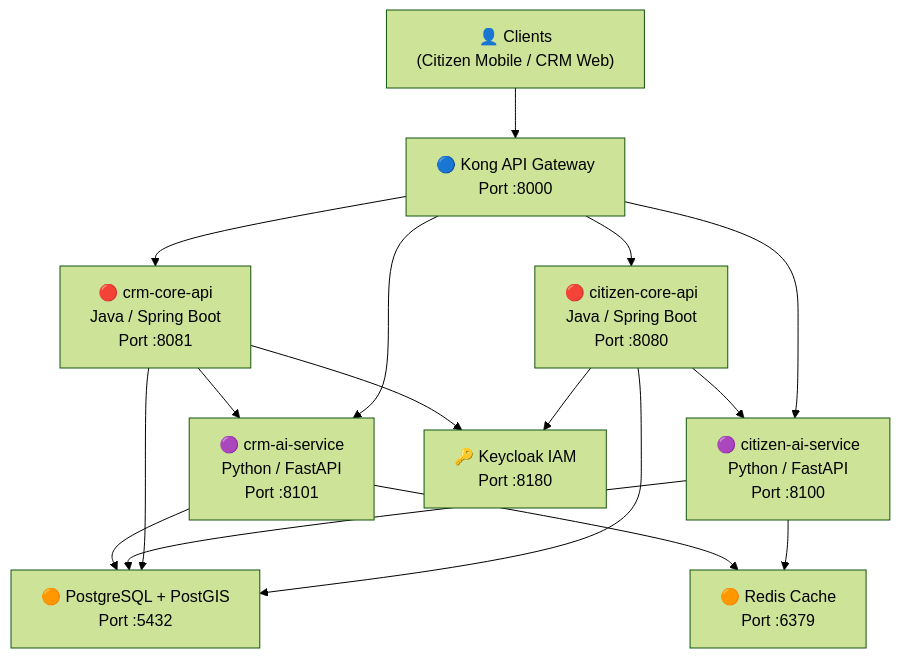
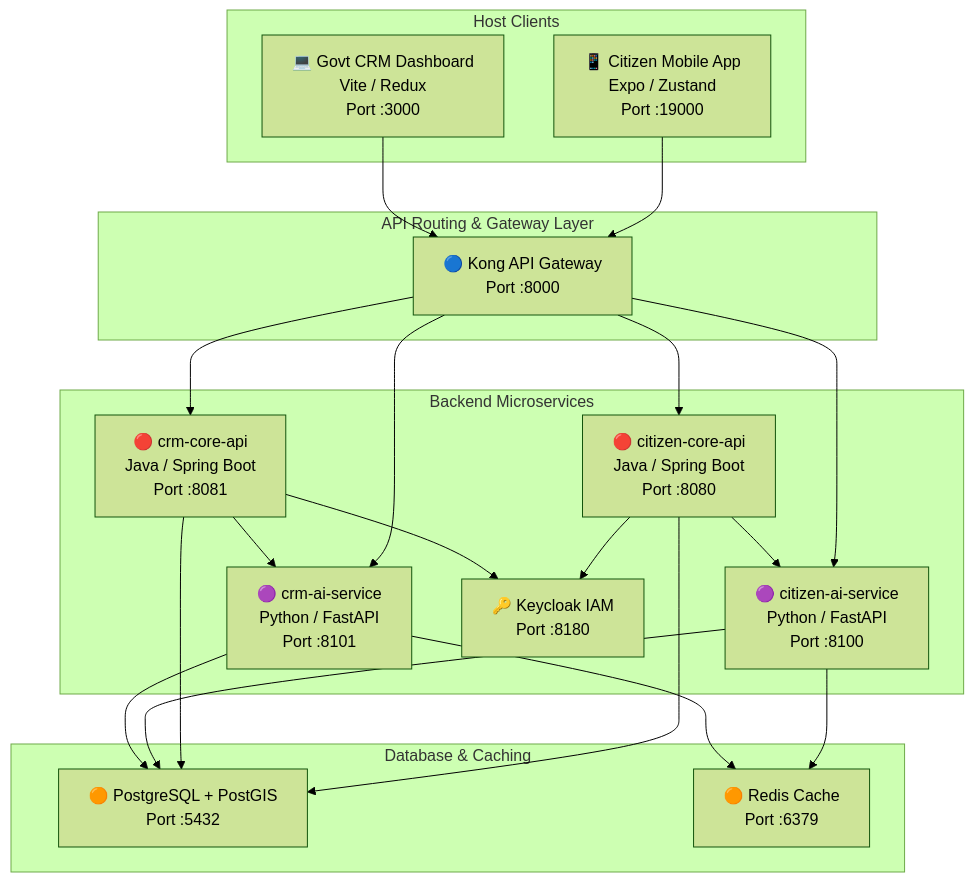
The diagram in README.md (pec-yantramanav/road-safety-hackathon-2026), drawn with Mermaid (forest theme) before and after one commit. The commit also changed other lines of this file and 96 other files, not shown here.

````diff
--- a/README.md
+++ b/README.md
@@ -11,23 +11,46 @@
 ```mermaid
 graph TD
-    CLIENTS["👤 Clients<br/>(Citizen Mobile / CRM Web)"] --> KONG["🔵 Kong API Gateway<br/>Port :8000"]
+    subgraph Host Clients
+        CA["📱 Citizen Mobile App<br/>Expo / Zustand<br/>Port :19000"]
+        CRM["💻 Govt CRM Dashboard<br/>Vite / Redux<br/>Port :3000"]
+    end
+
+    subgraph API Routing & Gateway Layer
+        KONG["🔵 Kong API Gateway<br/>Port :8000"]
+    end
+
+    subgraph Backend Microservices
+        CIT_CORE["🔴 citizen-core-api<br/>Java / Spring Boot<br/>Port :8080"]
+        CRM_CORE["🔴 crm-core-api<br/>Java / Spring Boot<br/>Port :8081"]
+        CIT_AI["🟣 citizen-ai-service<br/>Python / FastAPI<br/>Port :8100"]
+        CRM_AI["🟣 crm-ai-service<br/>Python / FastAPI<br/>Port :8101"]
+        KC["🔑 Keycloak IAM<br/>Port :8180"]
+    end
+
+    subgraph Database & Caching
+        PG["🟠 PostgreSQL + PostGIS<br/>Port :5432"]
+        REDIS["🟠 Redis Cache<br/>Port :6379"]
+    end
+
+    CA --> KONG
+    CRM --> KONG
     
-    KONG --> CIT_CORE["🔴 citizen-core-api<br/>Java / Spring Boot<br/>Port :8080"]
-    KONG --> CRM_CORE["🔴 crm-core-api<br/>Java / Spring Boot<br/>Port :8081"]
-    KONG --> CIT_AI["🟣 citizen-ai-service<br/>Python / FastAPI<br/>Port :8100"]
-    KONG --> CRM_AI["🟣 crm-ai-service<br/>Python / FastAPI<br/>Port :8101"]
+    KONG --> CIT_CORE
+    KONG --> CRM_CORE
+    KONG --> CIT_AI
+    KONG --> CRM_AI
     
     CIT_CORE --> CIT_AI
     CRM_CORE --> CRM_AI
     
-    CIT_CORE --> KC["🔑 Keycloak IAM<br/>Port :8180"]
+    CIT_CORE --> KC
     CRM_CORE --> KC
     
-    CIT_CORE --> PG["🟠 PostgreSQL + PostGIS<br/>Port :5432"]
+    CIT_CORE --> PG
     CRM_CORE --> PG
     CIT_AI --> PG
     CRM_AI --> PG
     
-    CIT_AI --> REDIS["🟠 Redis Cache<br/>Port :6379"]
+    CIT_AI --> REDIS
     CRM_AI --> REDIS
 ```
````
